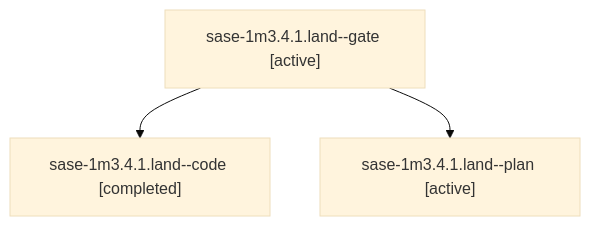
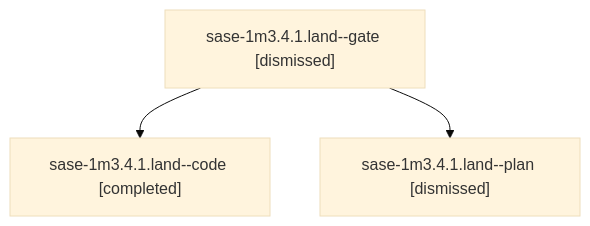
One commit to sase-org/sase--agents changed the diagram in sessions/bbugyi200.apollo.sase-1m3.4.1.land.md. Above: the diagram before and after it, drawn with Mermaid (base theme). The commit also changed other lines of this file and 141 other files, not shown here.

````diff
--- a/sessions/bbugyi200.apollo.sase-1m3.4.1.land.md
+++ b/sessions/bbugyi200.apollo.sase-1m3.4.1.land.md
@@ -9,8 +9,8 @@
 ```mermaid
 flowchart TD
-  n0["sase-1m3.4.1.land--gate [active]"]
+  n0["sase-1m3.4.1.land--gate [dismissed]"]
   n1["sase-1m3.4.1.land--code [completed]"]
   n0 --> n1
-  n2["sase-1m3.4.1.land--plan [active]"]
+  n2["sase-1m3.4.1.land--plan [dismissed]"]
   n0 --> n2
 ```
````
